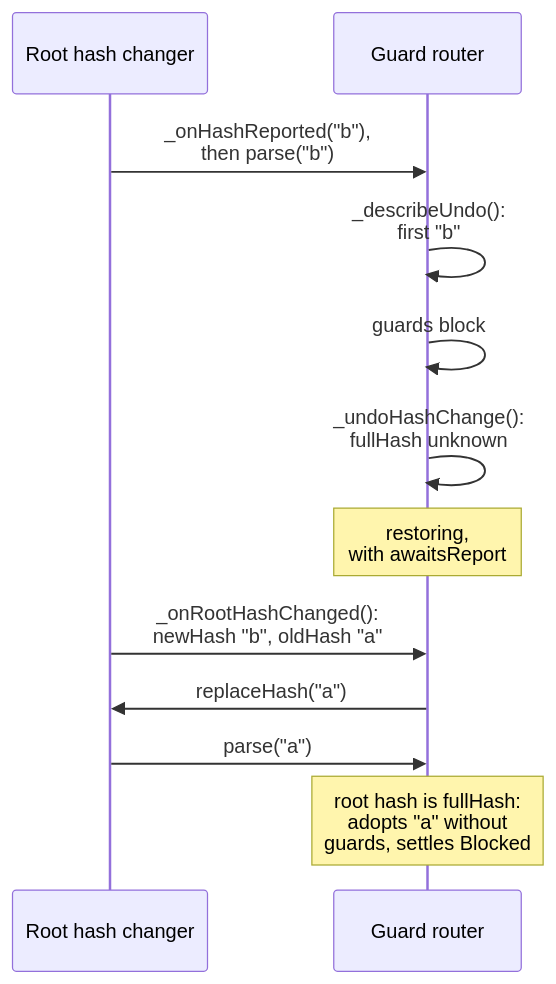
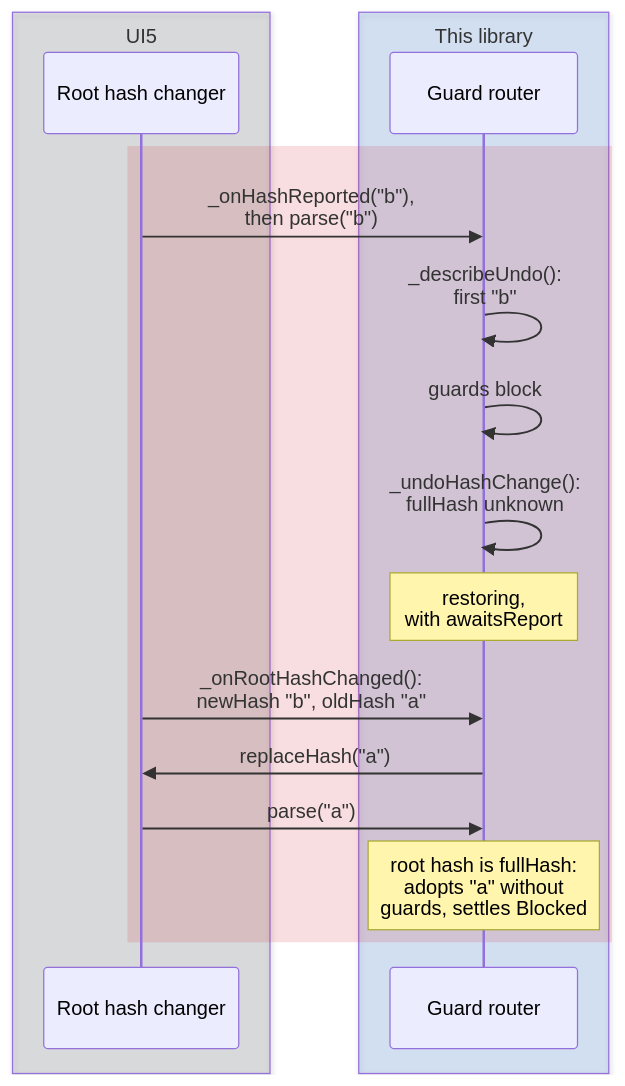
One commit to wridgeu/ui5-lib-guard-router changed the third of 12 diagrams in docs/reference/architecture.md. Above: the diagram before and after it, drawn with Mermaid. The commit also changed other lines of this file and 4 other files, not shown here.

First line of the commit message:
docs: give every diagram the one palette and a legend

````diff
--- a/docs/reference/architecture.md
+++ b/docs/reference/architecture.md
@@ -535,14 +554,20 @@
 ```mermaid
 sequenceDiagram
-    participant Root as Root hash changer
-    participant Router as Guard router
-    Root->>Router: _onHashReported("b"),<br/>then parse("b")
-    Router->>Router: _describeUndo():<br/>first "b"
-    Router->>Router: guards block
-    Router->>Router: _undoHashChange():<br/>fullHash unknown
-    Note over Router: restoring,<br/>with awaitsReport
-    Root->>Router: _onRootHashChanged():<br/>newHash "b", oldHash "a"
-    Router->>Root: replaceHash("a")
-    Root->>Router: parse("a")
-    Note over Router: root hash is fullHash:<br/>adopts "a" without<br/>guards, settles Blocked
+    box rgba(110, 119, 129, 0.2) UI5
+        participant Root as Root hash changer
+    end
+    box rgba(9, 105, 218, 0.15) This library
+        participant Router as Guard router
+    end
+    rect rgba(207, 34, 46, 0.15)
+        Root->>Router: _onHashReported("b"),<br/>then parse("b")
+        Router->>Router: _describeUndo():<br/>first "b"
+        Router->>Router: guards block
+        Router->>Router: _undoHashChange():<br/>fullHash unknown
+        Note over Router: restoring,<br/>with awaitsReport
+        Root->>Router: _onRootHashChanged():<br/>newHash "b", oldHash "a"
+        Router->>Root: replaceHash("a")
+        Root->>Router: parse("a")
+        Note over Router: root hash is fullHash:<br/>adopts "a" without<br/>guards, settles Blocked
+    end
 ```
````
